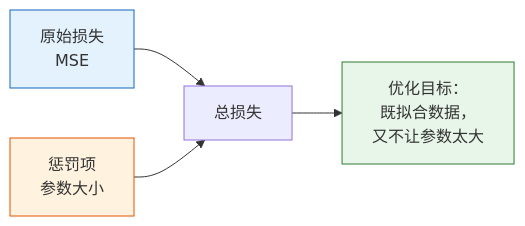
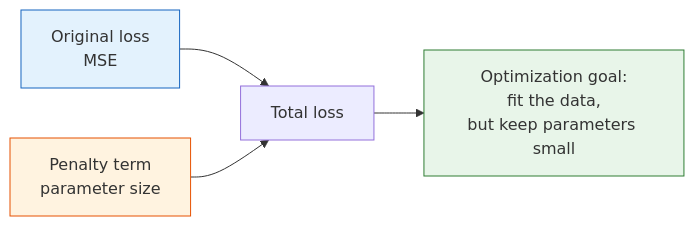
One commit to oudbiao/AI-fullstack-course changed the second of 3 diagrams in docs/ch05-machine-learning/ch02-supervised/01-linear-regression.md. Above: the diagram before and after it, drawn with Mermaid. The commit also changed other lines of this file and 1406 other files, not shown here.

````diff
--- a/docs/ch05-machine-learning/ch02-supervised/01-linear-regression.md
+++ b/docs/ch05-machine-learning/ch02-supervised/01-linear-regression.md
@@ -558,10 +558,10 @@
 ```mermaid
 flowchart LR
-    A["原始损失<br/>MSE"] --> C["总损失"]
-    B["惩罚项<br/>参数大小"] --> C
-    C --> D["优化目标：<br/>既拟合数据，<br/>又不让参数太大"]
+    A["Original loss<br/>MSE"] --> C["Total loss"]
+    B["Penalty term<br/>parameter size"] --> C
+    C --> D["Optimization goal:<br/>fit the data,<br/>but keep parameters small"]
 
     style A fill:#e3f2fd,stroke:#1565c0,color:#333
     style B fill:#fff3e0,stroke:#e65100,color:#333
     style D fill:#e8f5e9,stroke:#2e7d32,color:#333
 ```
````
